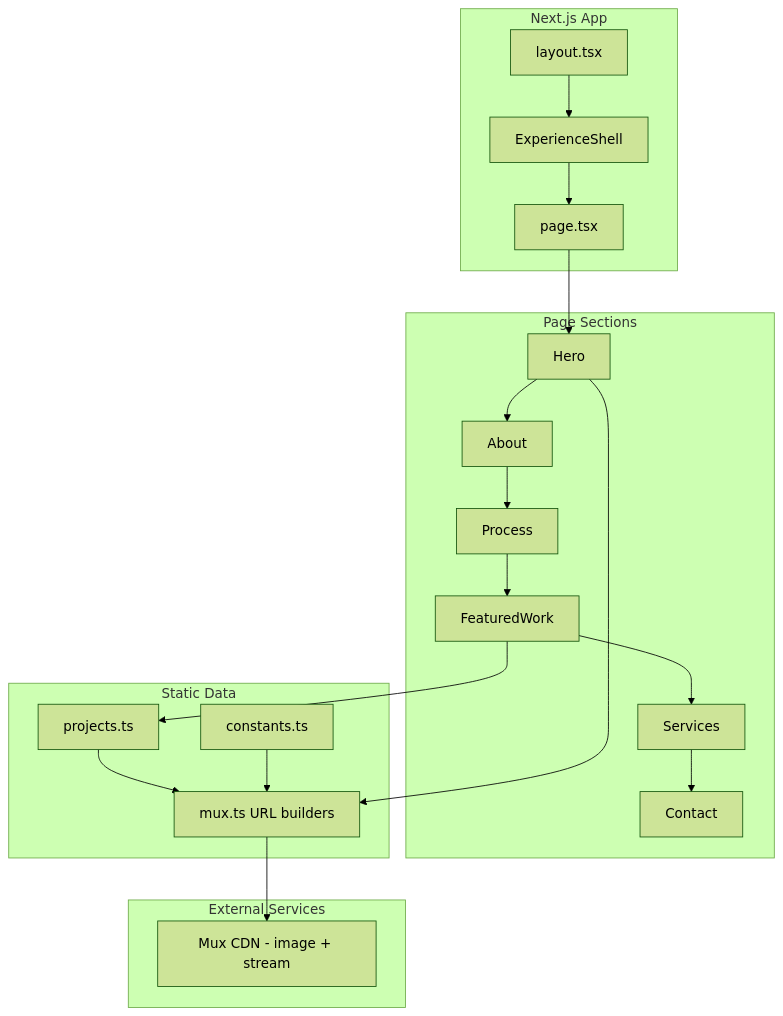
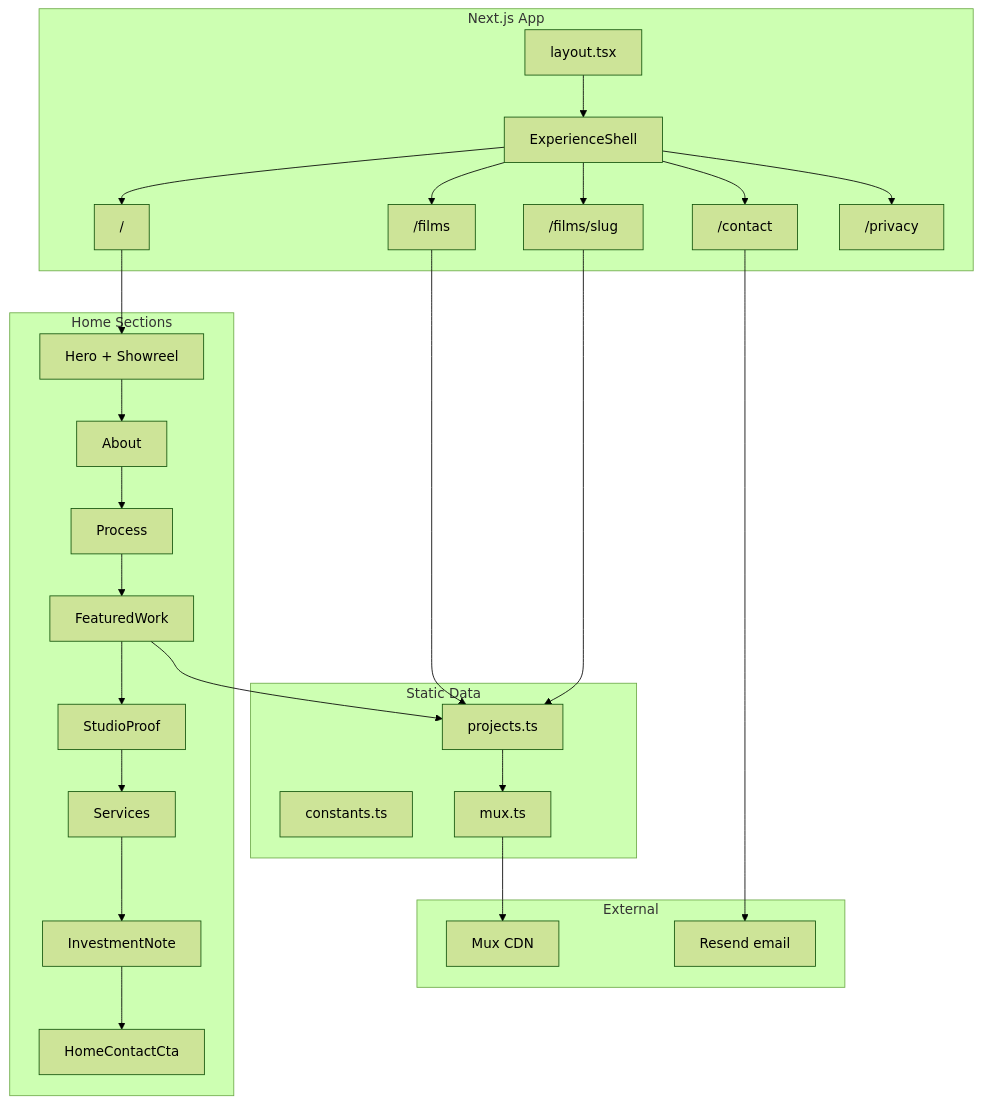
One commit to MyselfGoose/editing-portfolio changed the diagram in docs/architecture.md. Above: the diagram before and after it, drawn with Mermaid (forest theme). The commit also changed other lines of this file and 30 other files, not shown here.

````diff
--- a/docs/architecture.md
+++ b/docs/architecture.md
@@ -11,35 +11,43 @@
 ```mermaid
 flowchart TB
   subgraph app [Next.js App]
     layout[layout.tsx]
     shell[ExperienceShell]
-    page[page.tsx]
-    layout --> shell --> page
+    layout --> shell
+    shell --> home["/"]
+    shell --> films["/films"]
+    shell --> slug["/films/slug"]
+    shell --> contact["/contact"]
+    shell --> privacy["/privacy"]
   end
 
-  subgraph sections [Page Sections]
-    hero[Hero]
+  subgraph homeSections [Home Sections]
+    hero[Hero + Showreel]
     about[About]
     process[Process]
     work[FeaturedWork]
+    proof[StudioProof]
     services[Services]
-    contact[Contact]
-    page --> hero --> about --> process --> work --> services --> contact
+    invest[InvestmentNote]
+    cta[HomeContactCta]
+    home --> hero --> about --> process --> work --> proof --> services --> invest --> cta
   end
 
   subgraph data [Static Data]
     projects[projects.ts]
     constants[constants.ts]
-    muxLib[mux.ts URL builders]
+    muxLib[mux.ts]
     projects --> muxLib
-    constants --> muxLib
   end
 
-  subgraph external [External Services]
-    mux[Mux CDN - image + stream]
+  subgraph external [External]
+    mux[Mux CDN]
+    resend[Resend email]
   end
 
   work --> projects
-  hero --> muxLib
+  films --> projects
+  slug --> projects
+  contact --> resend
   muxLib --> mux
 ```
````
